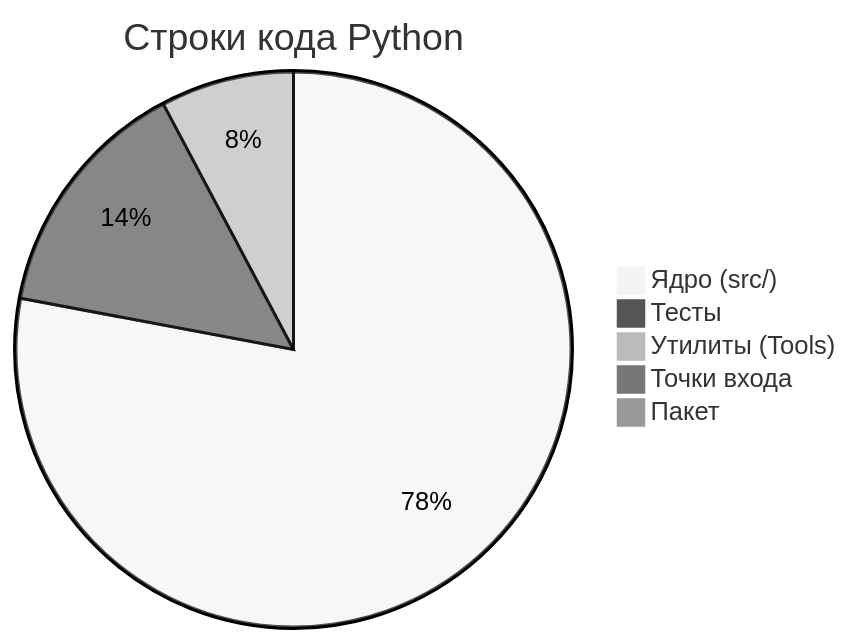
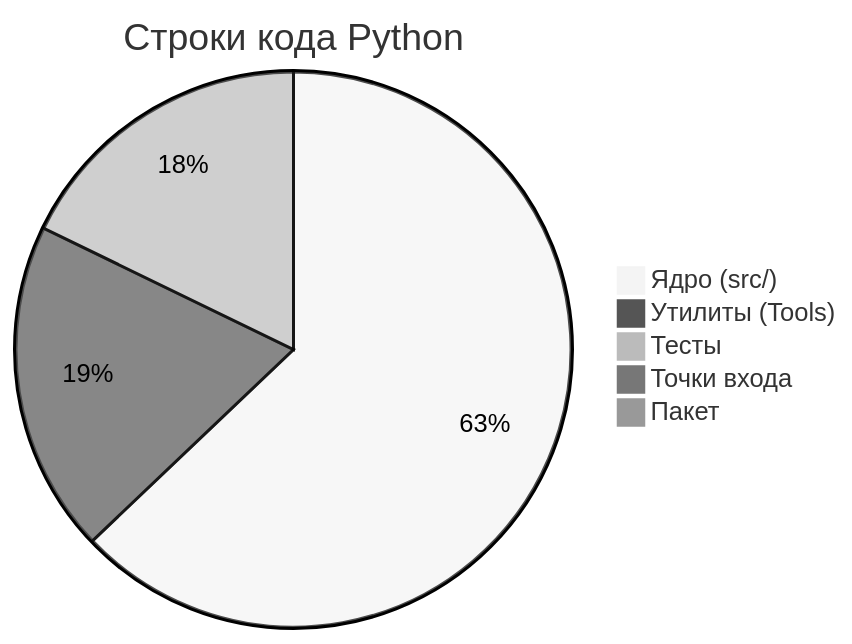
The second of 5 diagrams in Docs/CODEBASE_ANALYTICS.md (OrionFLASH/SPOD_PARCE_LOAD), drawn with Mermaid (neutral theme) before and after one commit. The commit also changed other lines of this file and 9 other files, not shown here.

````diff
--- a/Docs/CODEBASE_ANALYTICS.md
+++ b/Docs/CODEBASE_ANALYTICS.md
@@ -79,8 +79,8 @@
 ```mermaid
 pie title Строки кода Python
-    "Ядро (src/)" : 17078
-    "Тесты" : 3128
-    "Утилиты (Tools)" : 1700
-    "Точки входа" : 40
+    "Ядро (src/)" : 22857
+    "Утилиты (Tools)" : 7014
+    "Тесты" : 6472
+    "Точки входа" : 15
     "Пакет" : 2
 ```
````
